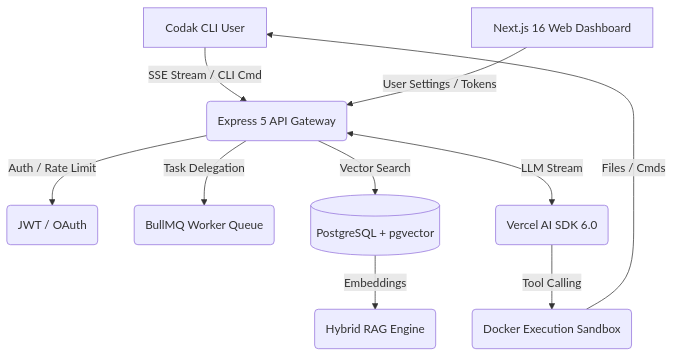
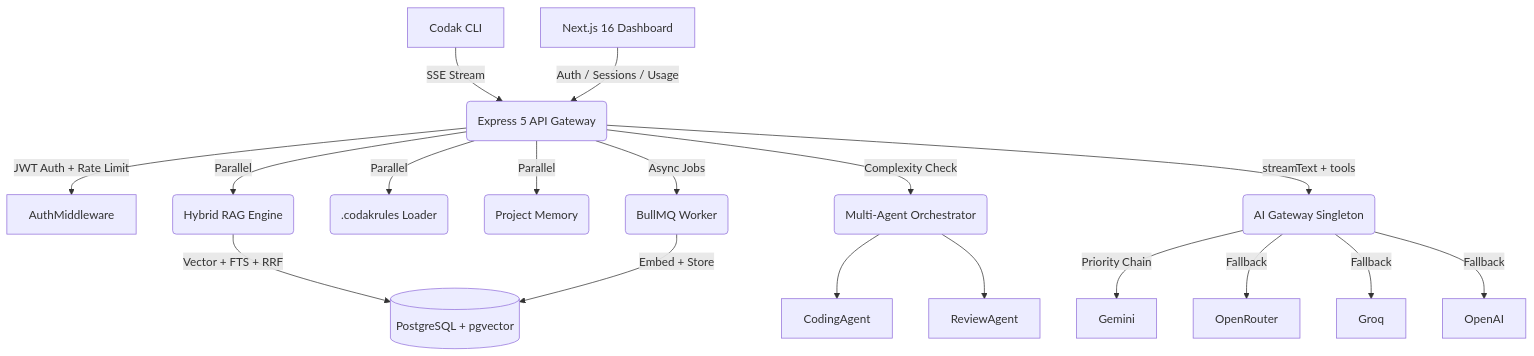
Before and after one commit to yashutandon/codak-cli-ai: the diagram in README.md, drawn with Mermaid. The commit also changed other lines of this file, not shown here.

Commit message:
docs: update README with architectural details, tech stack refinements, and advanced RAG feature documentation

````diff
--- a/README.md
+++ b/README.md
@@ -42,12 +54,20 @@
 ```mermaid
 graph TD;
-    CLI[Codak CLI User] -->|SSE Stream / CLI Cmd| API(Express 5 API Gateway)
-    API -->|Auth / Rate Limit| AuthMiddleware(JWT / OAuth)
-    API -->|Task Delegation| BullMQ(BullMQ Worker Queue)
-    API -->|Vector Search| DB[(PostgreSQL + pgvector)]
-    DB -->|Embeddings| RAG(Hybrid RAG Engine)
-    API <-->|LLM Stream| VercelAI(Vercel AI SDK 6.0)
-    VercelAI -->|Tool Calling| Sandbox(Docker Execution Sandbox)
-    Sandbox -->|Files / Cmds| CLI
-    Web[Next.js 16 Web Dashboard] -->|User Settings / Tokens| API
+    CLI[Codak CLI] -->|SSE Stream| API(Express 5 API Gateway)
+    API -->|JWT Auth + Rate Limit| AuthMiddleware
+    API -->|Parallel| RAG(Hybrid RAG Engine)
+    API -->|Parallel| Rules(.codakrules Loader)
+    API -->|Parallel| Memory(Project Memory)
+    RAG -->|Vector + FTS + RRF| DB[(PostgreSQL + pgvector)]
+    API -->|Complexity Check| Orchestrator(Multi-Agent Orchestrator)
+    Orchestrator --> CodingAgent
+    Orchestrator --> ReviewAgent
+    API -->|streamText + tools| AIGateway(AI Gateway Singleton)
+    AIGateway -->|Priority Chain| Gemini
+    AIGateway -->|Fallback| OpenRouter
+    AIGateway -->|Fallback| Groq
+    AIGateway -->|Fallback| OpenAI
+    API -->|Async Jobs| BullMQ(BullMQ Worker)
+    BullMQ -->|Embed + Store| DB
+    Web[Next.js 16 Dashboard] -->|Auth / Sessions / Usage| API
 ```
````
